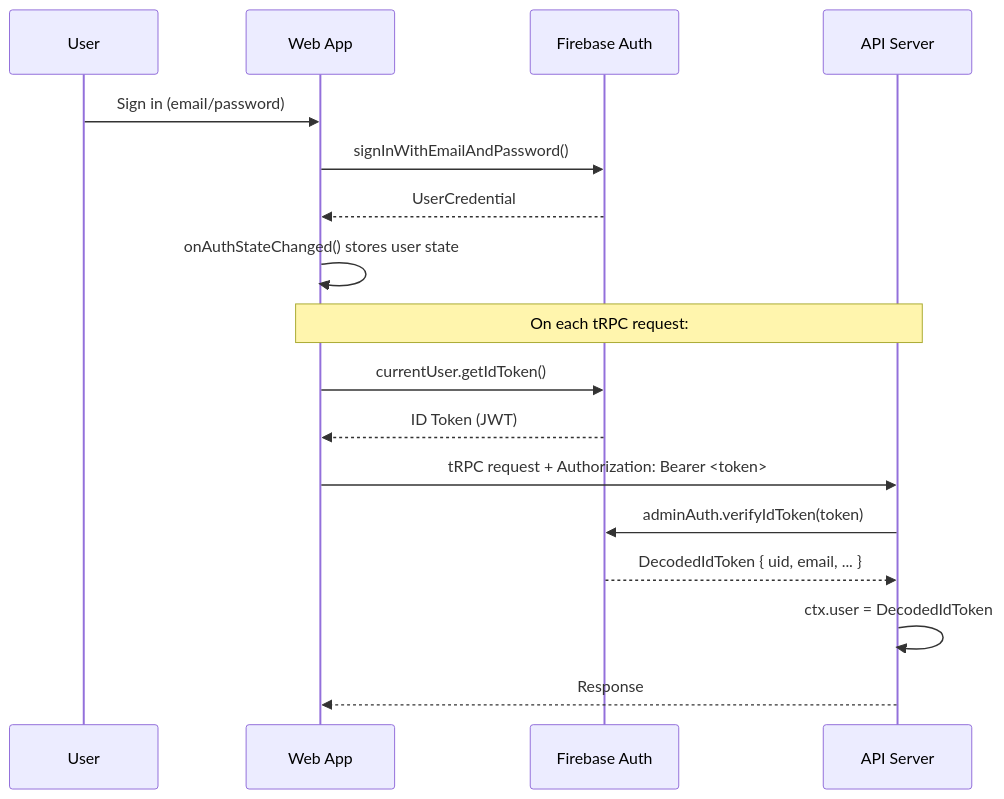
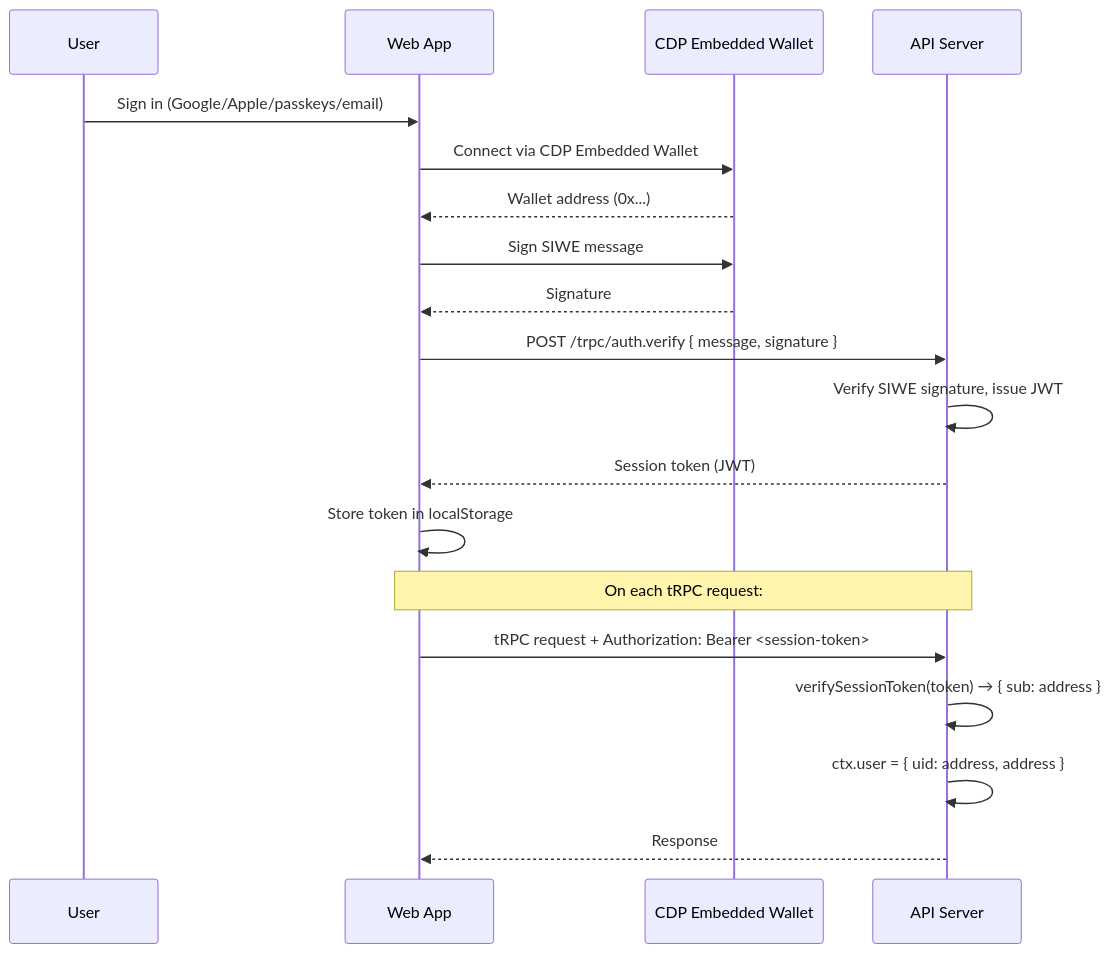
Before and after one commit to EcosystemNetwork/loar: the second of 2 diagrams in docs/architecture.md, drawn with Mermaid. The commit also changed other lines of this file and 33 other files, not shown here.

````diff
--- a/docs/architecture.md
+++ b/docs/architecture.md
@@ -45,21 +47,24 @@
 ```mermaid
 sequenceDiagram
     participant User
     participant Web as Web App
-    participant Firebase as Firebase Auth
+    participant Wallet as CDP Embedded Wallet
     participant Server as API Server
 
-    User->>Web: Sign in (email/password)
-    Web->>Firebase: signInWithEmailAndPassword()
-    Firebase-->>Web: UserCredential
-    Web->>Web: onAuthStateChanged() stores user state
+    User->>Web: Sign in (Google/Apple/passkeys/email)
+    Web->>Wallet: Connect via CDP Embedded Wallet
+    Wallet-->>Web: Wallet address (0x...)
+    Web->>Wallet: Sign SIWE message
+    Wallet-->>Web: Signature
+
+    Web->>Server: POST /trpc/auth.verify { message, signature }
+    Server->>Server: Verify SIWE signature, issue JWT
+    Server-->>Web: Session token (JWT)
+    Web->>Web: Store token in localStorage
 
     Note over Web,Server: On each tRPC request:
-    Web->>Firebase: currentUser.getIdToken()
-    Firebase-->>Web: ID Token (JWT)
-    Web->>Server: tRPC request + Authorization: Bearer <token>
-    Server->>Firebase: adminAuth.verifyIdToken(token)
-    Firebase-->>Server: DecodedIdToken { uid, email, ... }
-    Server->>Server: ctx.user = DecodedIdToken
+    Web->>Server: tRPC request + Authorization: Bearer <session-token>
+    Server->>Server: verifySessionToken(token) → { sub: address }
+    Server->>Server: ctx.user = { uid: address, address }
     Server-->>Web: Response
 ```
````
